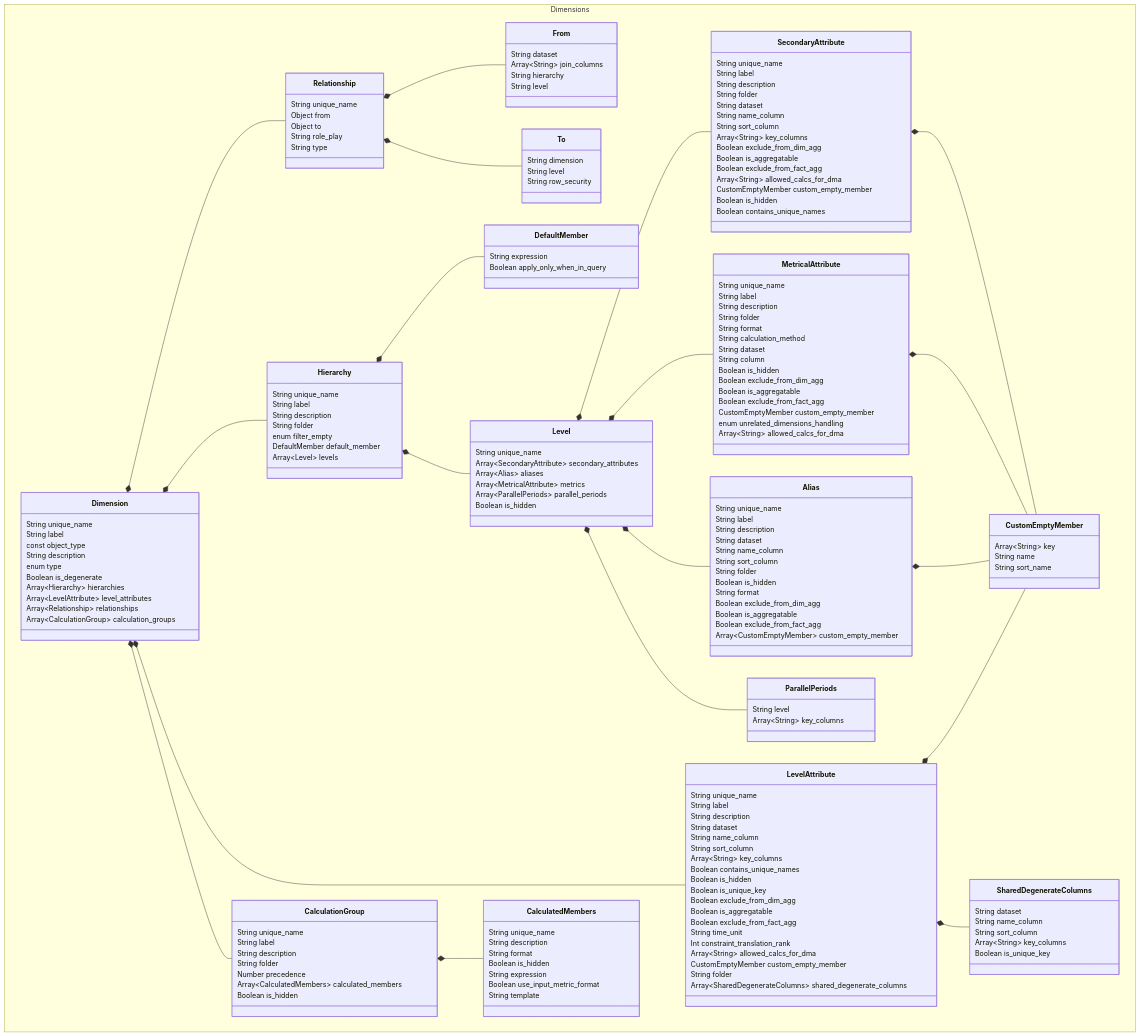
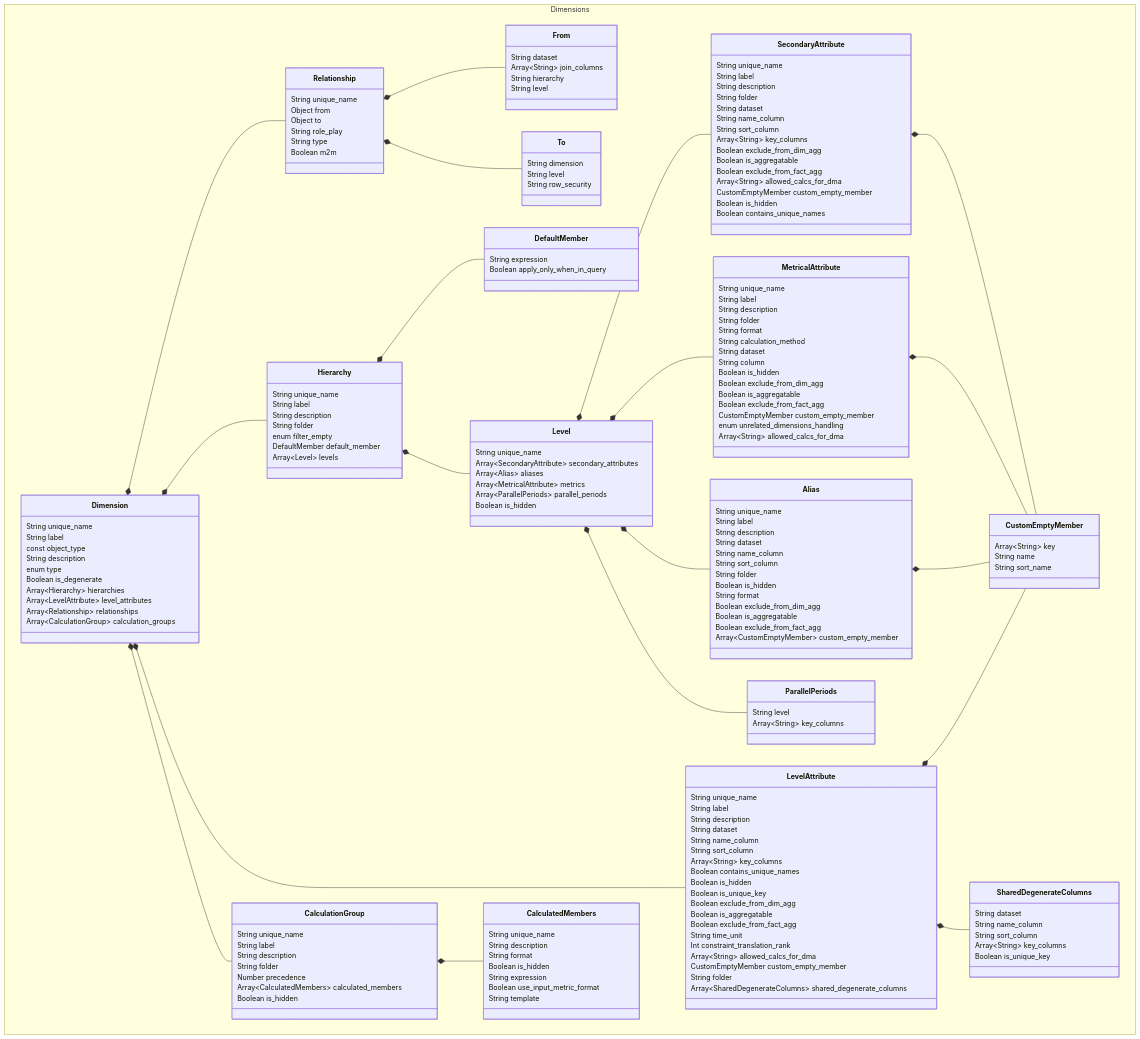
Before and after one commit to semanticdatalayer/SML: the diagram in sml-reference/dimension.md, drawn with Mermaid. The commit also changed other lines of this file and 1 other file, not shown here.

```diff
--- a/sml-reference/dimension.md
+++ b/sml-reference/dimension.md
@@ -165,7 +161,7 @@
     CalculationGroup *-- CalculatedMembers
     SecondaryAttribute *-- CustomEmptyMember
     Alias *-- CustomEmptyMember
-    MetricalAttribute *-- CustomEmptyMember    
+    MetricalAttribute *-- CustomEmptyMember
 namespace Dimensions{
     class Dimension{
       String unique_name
@@ -185,6 +181,7 @@
       Object to
       String role_play
       String type
+      Boolean m2m
     }
     class From{
       String dataset
```
